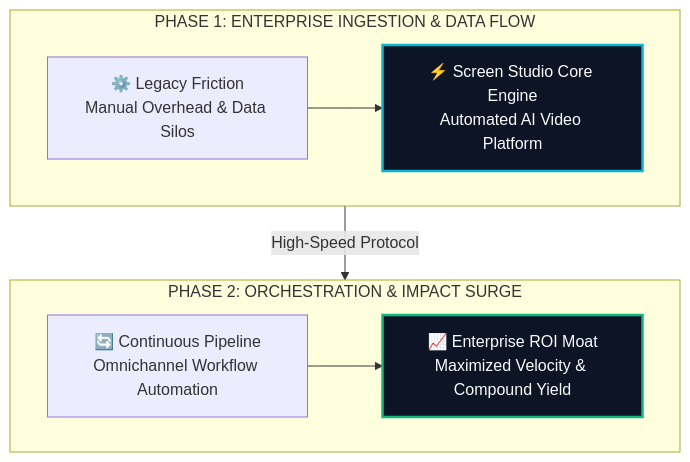
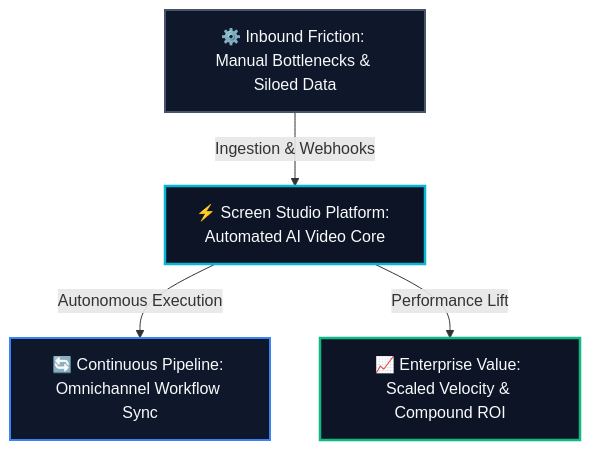
The diagram in site/src/content/blog/screen-studio-evolution-guide-2026.md (heliatech-media/saas-radar), drawn with Mermaid before and after one commit. The commit also changed 93 other files, not shown here.

First line of the commit message:
fix(diagrams): resolve dagre-d3 subgraph collision by migrating to balanced 3-tier Hub & Spoke architecture

````diff
--- a/site/src/content/blog/screen-studio-evolution-guide-2026.md
+++ b/site/src/content/blog/screen-studio-evolution-guide-2026.md
@@ -50,14 +50,14 @@
 ```mermaid
 flowchart TD
-    subgraph S1["PHASE 1: ENTERPRISE INGESTION & DATA FLOW"]
-        direction LR
-        A["⚙️ Legacy Friction<br/>Manual Overhead & Data Silos"] --> B["⚡ Screen Studio Core Engine<br/>Automated AI Video Platform"]
-    end
-    subgraph S2["PHASE 2: ORCHESTRATION & IMPACT SURGE"]
-        direction LR
-        C["🔄 Continuous Pipeline<br/>Omnichannel Workflow Automation"] --> D["📈 Enterprise ROI Moat<br/>Maximized Velocity & Compound Yield"]
-    end
-    S1 -->|High-Speed Protocol| S2
-    style B fill:#0c1425,stroke:#06b6d4,stroke-width:2.5px,color:#f8fafc
-    style D fill:#0c1425,stroke:#10b981,stroke-width:2.5px,color:#f8fafc
+    Inp["⚙️ Inbound Friction: Manual Bottlenecks & Siloed Data"]
+    Eng["⚡ Screen Studio Platform: Automated AI Video Core"]
+    Out1["🔄 Continuous Pipeline: Omnichannel Workflow Sync"]
+    Out2["📈 Enterprise Value: Scaled Velocity & Compound ROI"]
+    Inp -->|Ingestion & Webhooks| Eng
+    Eng -->|Autonomous Execution| Out1
+    Eng -->|Performance Lift| Out2
+    style Inp fill:#0f172a,stroke:#475569,stroke-width:2px,color:#f8fafc
+    style Eng fill:#0c1425,stroke:#06b6d4,stroke-width:2.5px,color:#f8fafc
+    style Out1 fill:#0f172a,stroke:#3b82f6,stroke-width:2px,color:#f8fafc
+    style Out2 fill:#0c1425,stroke:#10b981,stroke-width:2.5px,color:#f8fafc
 ```
````
